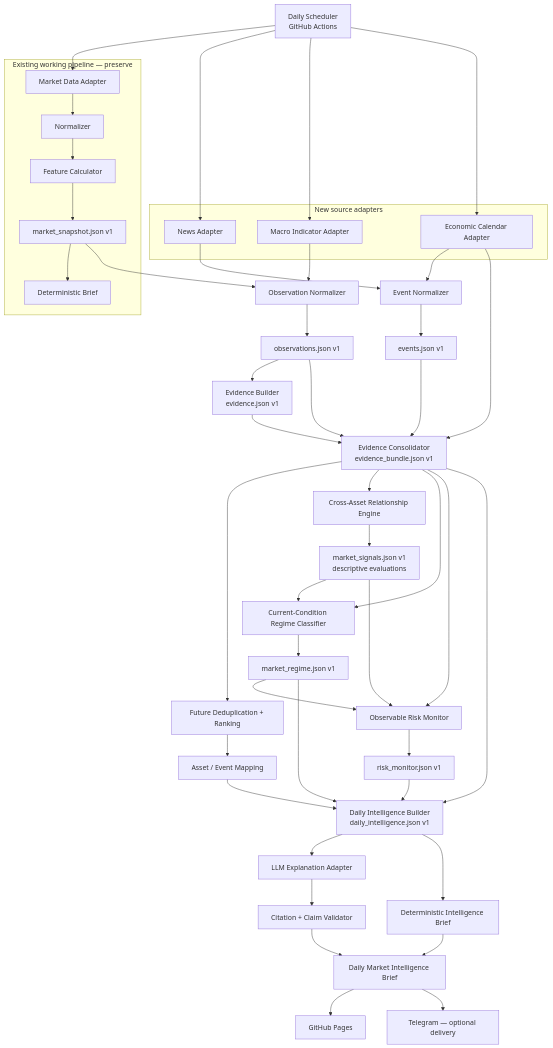
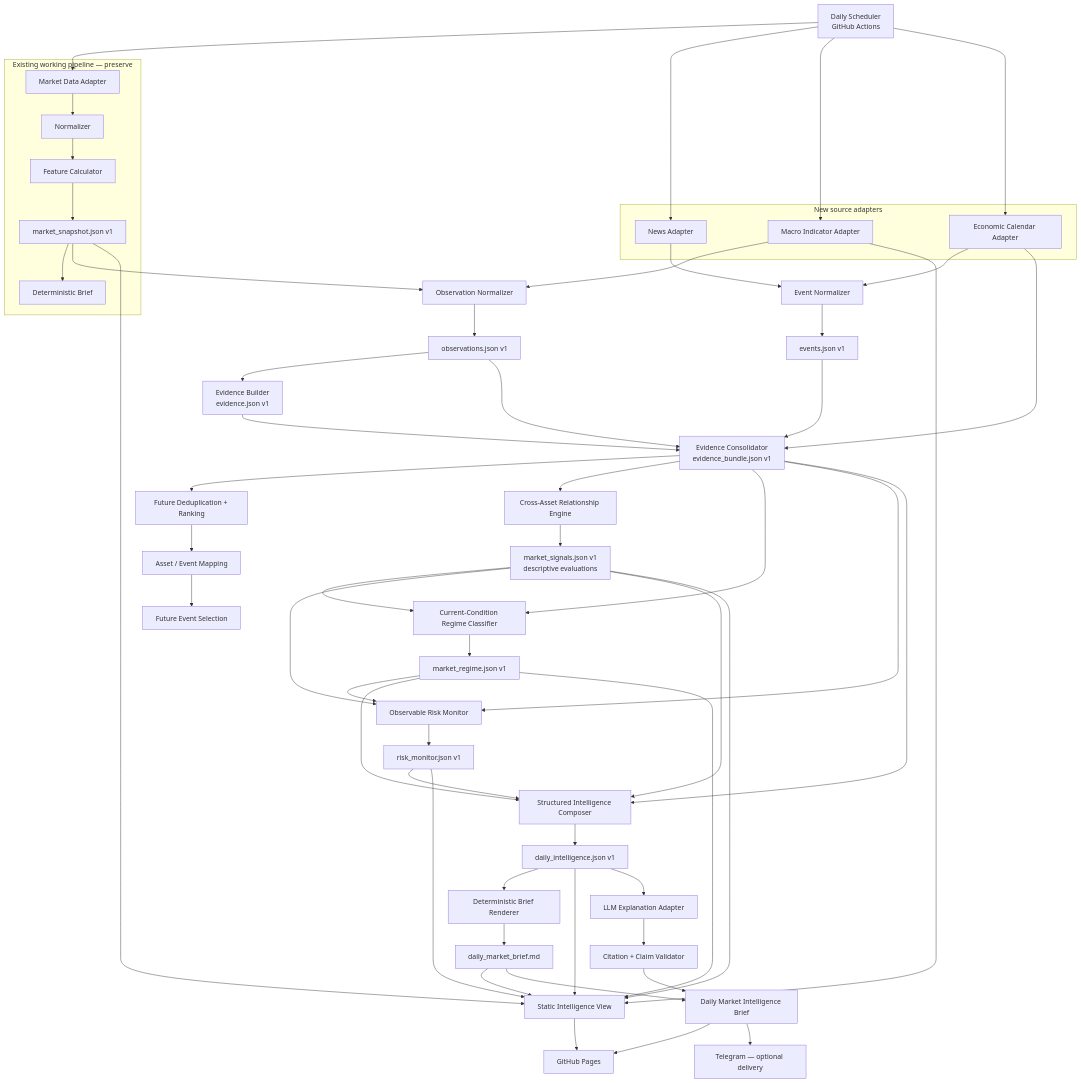
The diagram in docs/architecture.md (froyo1015/AI-Market-Intelligence), drawn with Mermaid before and after one commit. The commit also changed other lines of this file and 51 other files, not shown here.

Commit message:
feat: complete structured intelligence delivery pipeline

````diff
--- a/docs/architecture.md
+++ b/docs/architecture.md
@@ -37,63 +37,74 @@
 ```mermaid
 flowchart TD
     Scheduler["Daily Scheduler<br/>GitHub Actions"]
 
     subgraph Existing["Existing working pipeline — preserve"]
         Market["Market Data Adapter"] --> Normalizer["Normalizer"]
         Normalizer --> Features["Feature Calculator"]
         Features --> Snapshot["market_snapshot.json v1"]
         Snapshot --> BaseBrief["Deterministic Brief"]
     end
 
     subgraph Inputs["New source adapters"]
         News["News Adapter"]
         Macro["Macro Indicator Adapter"]
         Calendar["Economic Calendar Adapter"]
     end
 
     Scheduler --> Market
     Scheduler --> News
     Scheduler --> Macro
     Scheduler --> Calendar
 
     News --> EventNorm["Event Normalizer"]
     Macro --> ObservationNorm["Observation Normalizer"]
     Calendar --> EventNorm
     Snapshot --> ObservationNorm
 
     EventNorm --> Events["events.json v1"]
     ObservationNorm --> Observations["observations.json v1"]
 
     Events --> Consolidator["Evidence Consolidator<br/>evidence_bundle.json v1"]
     Observations --> Evidence["Evidence Builder<br/>evidence.json v1"]
     Observations --> Consolidator
     Evidence --> Consolidator
     Calendar --> Consolidator
     Consolidator --> Dedupe["Future Deduplication + Ranking"]
     Dedupe --> Mapping["Asset / Event Mapping"]
 
     Consolidator --> Signals["Cross-Asset Relationship Engine"]
     Signals --> SignalFile["market_signals.json v1<br/>descriptive evaluations"]
     Consolidator --> Regime["Current-Condition Regime Classifier"]
     SignalFile --> Regime
     Regime --> RegimeFile["market_regime.json v1"]
 
     Consolidator --> RiskMonitor["Observable Risk Monitor"]
     SignalFile --> RiskMonitor
     RegimeFile --> RiskMonitor
     RiskMonitor --> RiskFile["risk_monitor.json v1"]
 
-    RegimeFile --> Intelligence["Daily Intelligence Builder<br/>daily_intelligence.json v1"]
+    Consolidator --> Intelligence["Structured Intelligence Composer"]
+    SignalFile --> Intelligence
+    RegimeFile --> Intelligence
     RiskFile --> Intelligence
-    Mapping --> Intelligence
-    Consolidator --> Intelligence
+    Intelligence --> IntelligenceFile["daily_intelligence.json v1"]
+    IntelligenceFile --> Renderer["Deterministic Brief Renderer"]
+    Renderer --> Markdown["daily_market_brief.md"]
+    IntelligenceFile --> WebView["Static Intelligence View"]
+    SignalFile --> WebView
+    RegimeFile --> WebView
+    RiskFile --> WebView
+    Snapshot --> WebView
+    Macro --> WebView
+    Markdown --> WebView
 
-    Intelligence --> LLM["LLM Explanation Adapter"]
+    Mapping --> FutureSelection["Future Event Selection"]
+    IntelligenceFile --> LLM["LLM Explanation Adapter"]
     LLM --> Validator["Citation + Claim Validator"]
     Validator --> Report["Daily Market Intelligence Brief"]
-    Intelligence --> Fallback["Deterministic Intelligence Brief"]
-    Fallback --> Report
+    Markdown --> Report
 
     Report --> Pages["GitHub Pages"]
+    WebView --> Pages
     Report --> Telegram["Telegram — optional delivery"]
 ```
````
